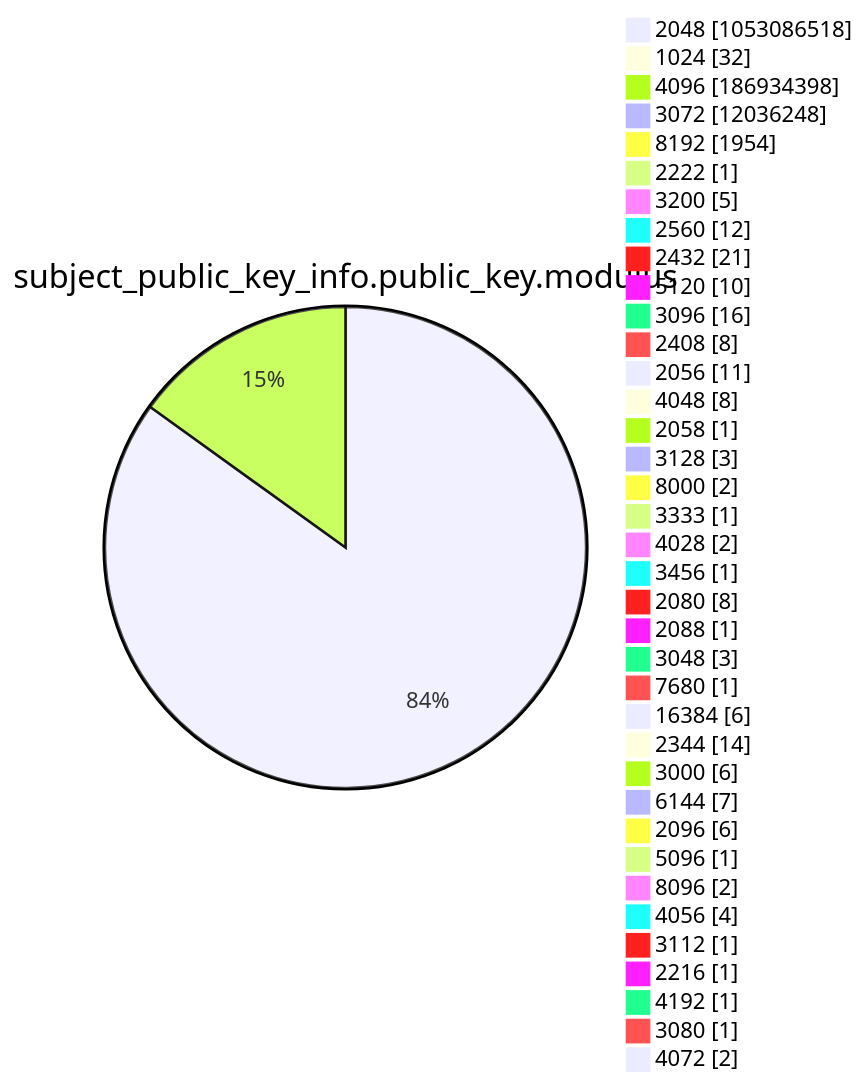
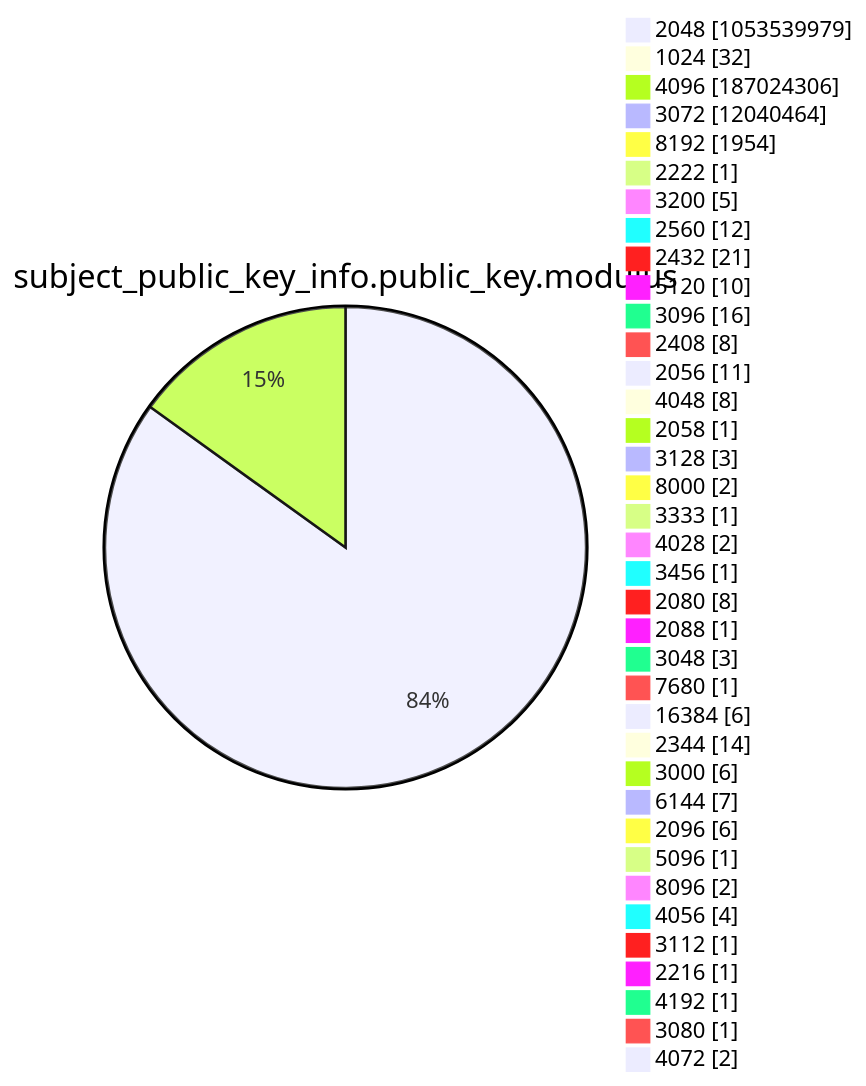
One commit to christiankrug/ctmonitor_visualization changed diagram 13 of 15 in argon2022/README.md. Above: the diagram before and after it, drawn with Mermaid. The commit also changed other lines of this file, not shown here.

````diff
--- a/argon2022/README.md
+++ b/argon2022/README.md
@@ -3589,41 +3589,41 @@
 ```mermaid
 pie showData
 title subject_public_key_info.public_key.modulus
-"2048" :1053086518
+"2048" :1053539979
 "1024" :32
-"4096" :186934398
-"3072" :12036248
+"4096" :187024306
+"3072" :12040464
 "8192" :1954
 "2222" :1
 "3200" :5
 "2560" :12
 "2432" :21
 "5120" :10
 "3096" :16
 "2408" :8
 "2056" :11
 "4048" :8
 "2058" :1
 "3128" :3
 "8000" :2
 "3333" :1
 "4028" :2
 "3456" :1
 "2080" :8
 "2088" :1
 "3048" :3
 "7680" :1
 "16384" :6
 "2344" :14
 "3000" :6
 "6144" :7
 "2096" :6
 "5096" :1
 "8096" :2
 "4056" :4
 "3112" :1
 "2216" :1
 "4192" :1
 "3080" :1
 "4072" :2
 ```
````
